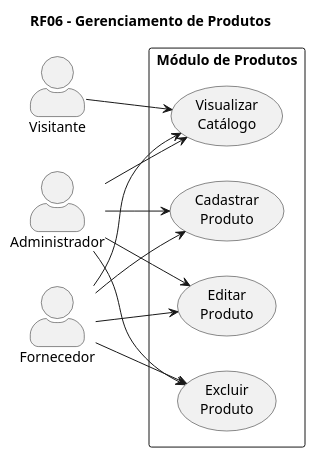
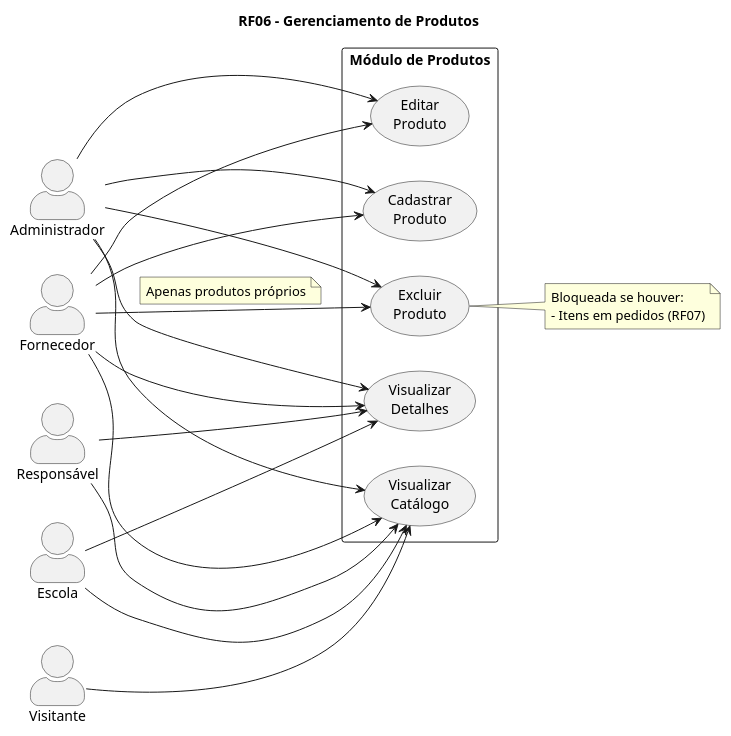
Before and after one commit to murs77r/conecta-uniforme: the diagram in diagrams/modulo-produtos.puml, drawn with PlantUML. The commit also changed 15 other files, not shown here.

```diff
--- a/diagrams/modulo-produtos.puml
+++ b/diagrams/modulo-produtos.puml
@@ -1,33 +1,61 @@
 @startuml
 ' RF06 - Gerenciamento de Produtos
 
 left to right direction
 
 skinparam actorStyle awesome
 
 title RF06 - Gerenciamento de Produtos
 
 actor Visitante
+
 actor Administrador
+
 actor Fornecedor
+
+actor Escola
+
+actor Responsável
 
 rectangle "Módulo de Produtos" {
     usecase "Visualizar\nCatálogo" as UC06_1
     usecase "Cadastrar\nProduto" as UC06_2
-    usecase "Editar\nProduto" as UC06_3
-    usecase "Excluir\nProduto" as UC06_4
+    usecase "Visualizar\nDetalhes" as UC06_3
+    usecase "Editar\nProduto" as UC06_4
+    usecase "Excluir\nProduto" as UC06_5
 }
 
+' Visitante - visualização pública
 Visitante --> UC06_1
 
+' Administrador - controle total
 Administrador --> UC06_1
 Administrador --> UC06_2
 Administrador --> UC06_3
 Administrador --> UC06_4
+Administrador --> UC06_5
 
+' Fornecedor - gerencia seus produtos
 Fornecedor --> UC06_1
 Fornecedor --> UC06_2
 Fornecedor --> UC06_3
 Fornecedor --> UC06_4
+Fornecedor --> UC06_5
+note on link
+  Apenas produtos próprios
+end note
+
+' Escola - visualiza catálogo
+Escola --> UC06_1
+Escola --> UC06_3
+
+' Responsável - visualiza para pedidos
+Responsável --> UC06_1
+Responsável --> UC06_3
+
+note right of UC06_5
+  Bloqueada se houver:
+  - Itens em pedidos (RF07)
+end note
 
 @enduml
```
